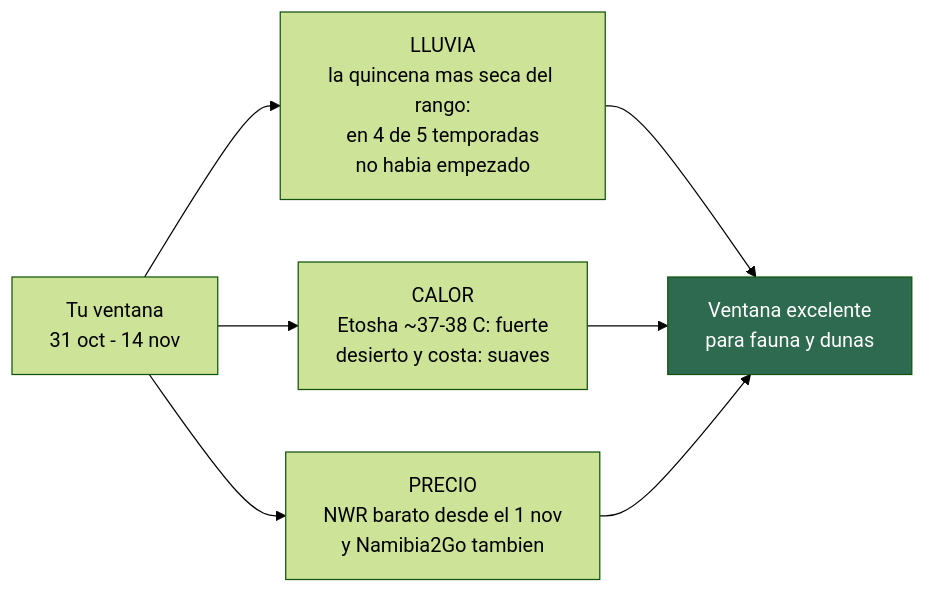
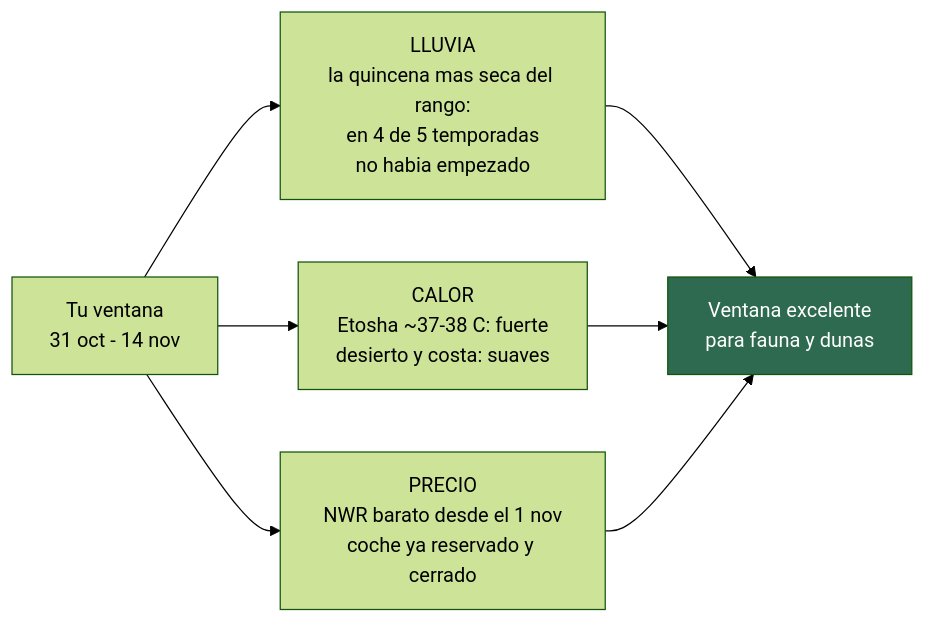
One commit to morandeirachema/namibia changed the second of 6 diagrams in README.md. Above: the diagram before and after it, drawn with Mermaid (forest theme). The commit also changed other lines of this file and 14 other files, not shown here.

````diff
--- a/README.md
+++ b/README.md
@@ -265,10 +236,10 @@
 ```mermaid
 flowchart LR
     A["Tu ventana<br/>31 oct - 14 nov"] --> B["LLUVIA<br/>la quincena mas seca del rango:<br/>en 4 de 5 temporadas<br/>no habia empezado"]
     A --> C["CALOR<br/>Etosha ~37-38 C: fuerte<br/>desierto y costa: suaves"]
-    A --> D["PRECIO<br/>NWR barato desde el 1 nov<br/>y Namibia2Go tambien"]
+    A --> D["PRECIO<br/>NWR barato desde el 1 nov<br/>coche ya reservado y cerrado"]
     B --> E["Ventana excelente<br/>para fauna y dunas"]
     C --> E
     D --> E
     style E fill:#2d6a4f,color:#fff
 ```
````
